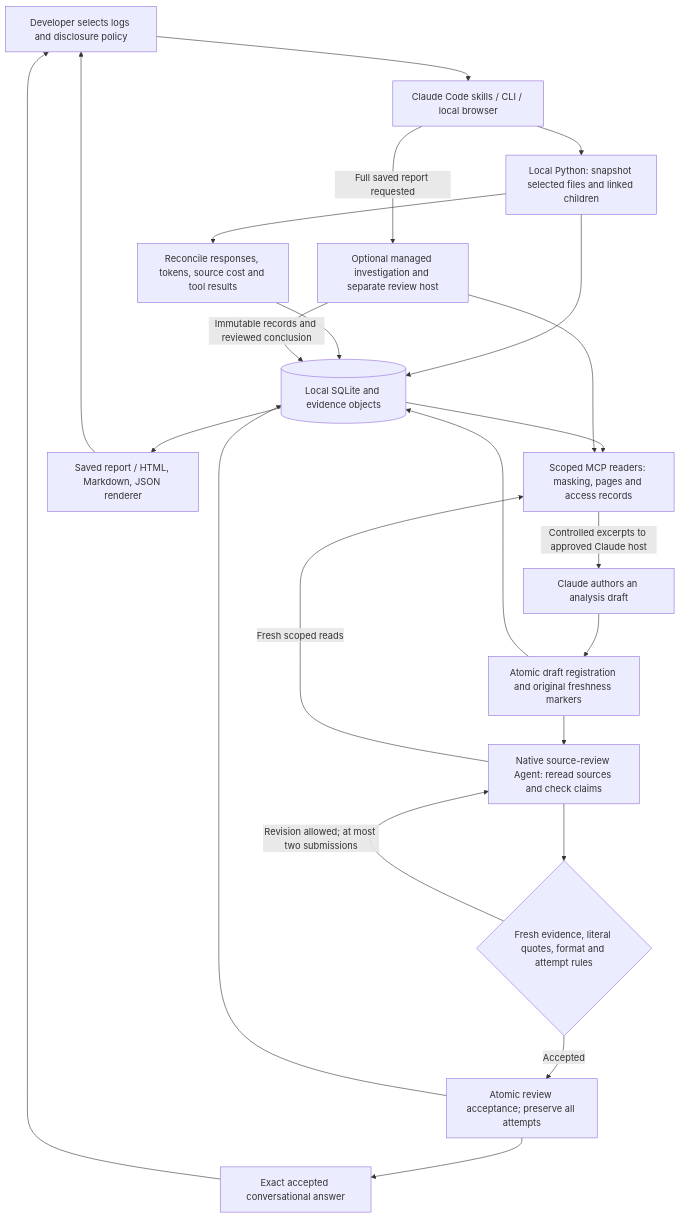
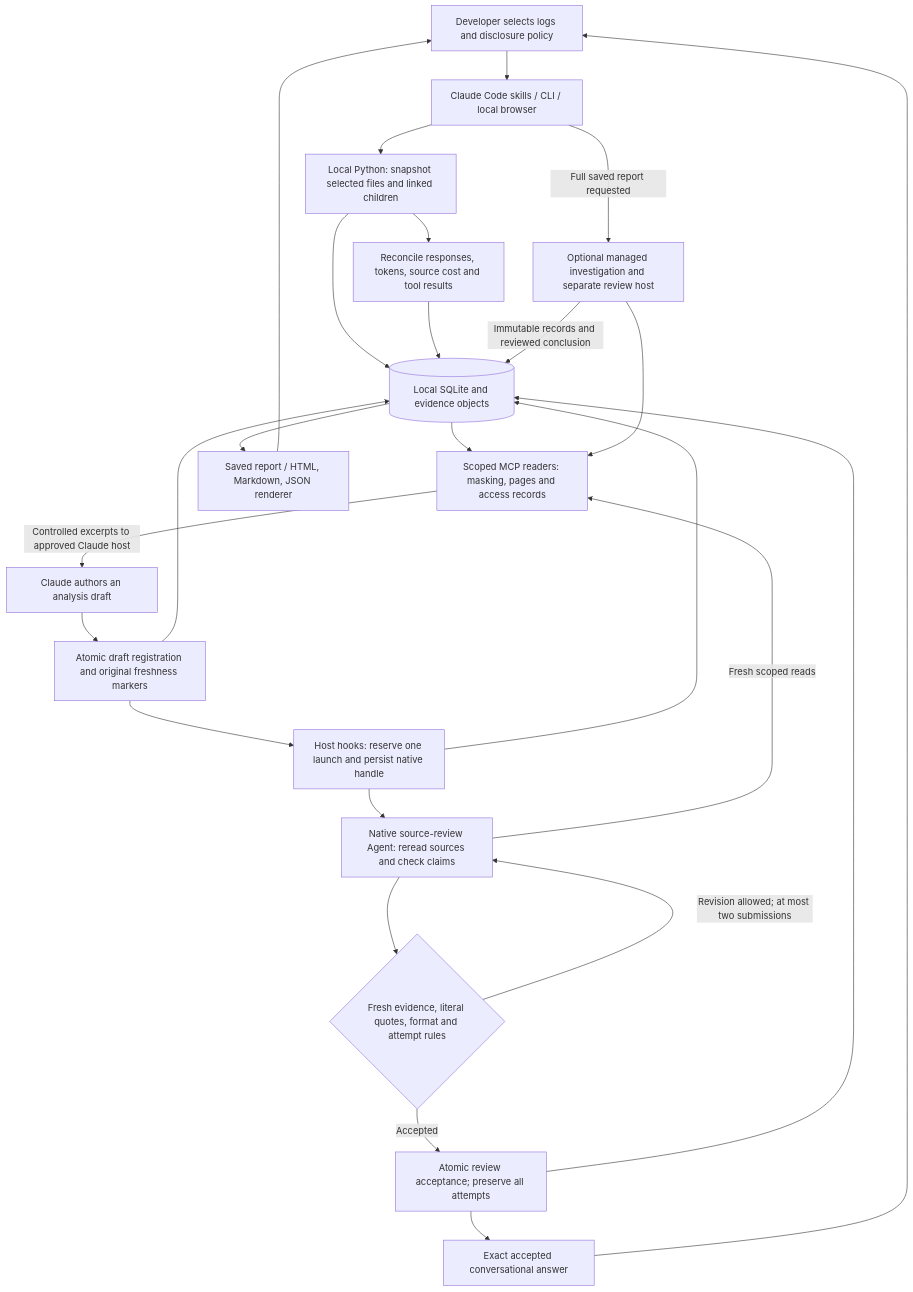
Before and after one commit to Dhravidk/session-analyzer: the diagram in docs/architecture.md, drawn with Mermaid. The commit also changed other lines of this file and 23 other files, not shown here.

Commit message:
Expose one analyze command and exercise its native review lifecycle in release checks

````diff
--- a/docs/architecture.md
+++ b/docs/architecture.md
@@ -8,40 +8,43 @@
 ```mermaid
 flowchart TD
     User["Developer selects logs and disclosure policy"]
     Entry["Claude Code skills / CLI / local browser"]
     Import["Local Python: snapshot selected files and linked children"]
     Facts["Reconcile responses, tokens, source cost and tool results"]
     Store[("Local SQLite and evidence objects")]
     Scope["Scoped MCP readers: masking, pages and access records"]
     Draft["Claude authors an analysis draft"]
     Register["Atomic draft registration and original freshness markers"]
+    Guard["Host hooks: reserve one launch and persist native handle"]
     Native["Native source-review Agent: reread sources and check claims"]
     Validate{"Fresh evidence, literal quotes, format and attempt rules"}
     Accept["Atomic review acceptance; preserve all attempts"]
     Reply["Exact accepted conversational answer"]
     Managed["Optional managed investigation and separate review host"]
     Export["Saved report / HTML, Markdown, JSON renderer"]
 
     User --> Entry
     Entry --> Import
     Import --> Facts
     Import --> Store
     Facts --> Store
     Store --> Scope
     Scope -->|"Controlled excerpts to approved Claude host"| Draft
     Draft --> Register
     Register --> Store
-    Register --> Native
+    Register --> Guard
+    Guard --> Store
+    Guard --> Native
     Native -->|"Fresh scoped reads"| Scope
     Native --> Validate
     Validate -->|"Revision allowed; at most two submissions"| Native
     Validate -->|"Accepted"| Accept
     Accept --> Store
     Accept --> Reply
     Entry -->|"Full saved report requested"| Managed
     Managed --> Scope
     Managed -->|"Immutable records and reviewed conclusion"| Store
     Store --> Export
     Export --> User
     Reply --> User
 ```
````
